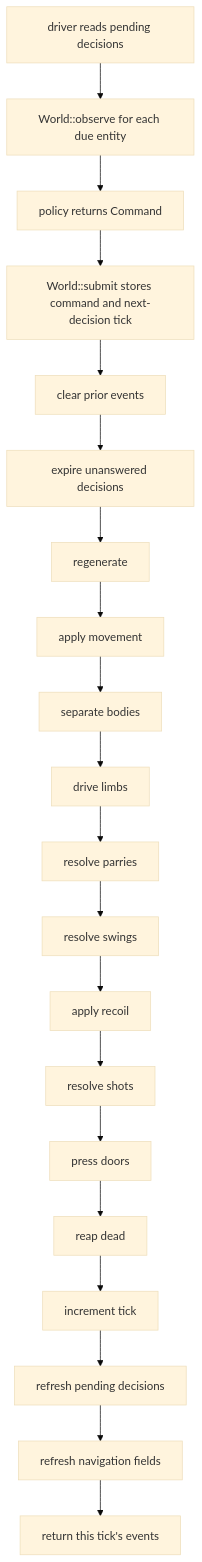
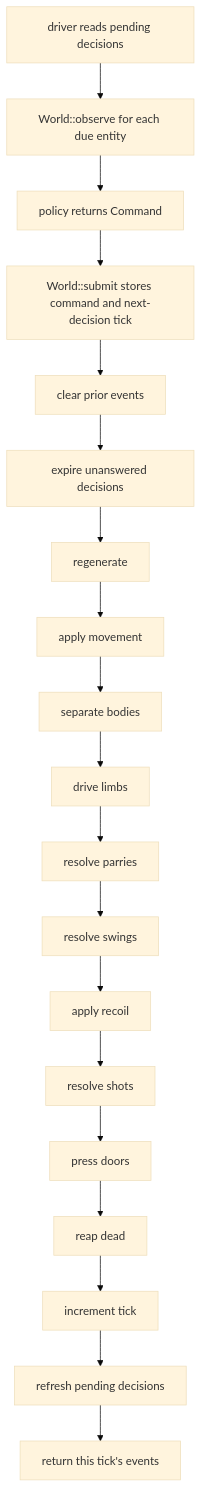
Before and after one commit to alexoooo/auto-rpg: the diagram in docs/architecture/simulation.md, drawn with Mermaid (base theme). The commit also changed other lines of this file and 72 other files, not shown here.

````diff
--- a/docs/architecture/simulation.md
+++ b/docs/architecture/simulation.md
@@ -49,22 +49,21 @@
 ```mermaid
 flowchart TD
     due["driver reads pending decisions"] --> observe["World::observe for each due entity"]
     observe --> decide["policy returns Command"]
     decide --> submit["World::submit stores command and next-decision tick"]
     submit --> clear["clear prior events"]
     clear --> expire["expire unanswered decisions"]
     expire --> regen["regenerate"]
     regen --> move["apply movement"]
     move --> separate["separate bodies"]
     separate --> limbs["drive limbs"]
     limbs --> parries["resolve parries"]
     parries --> swings["resolve swings"]
     swings --> recoil["apply recoil"]
     recoil --> shots["resolve shots"]
     shots --> doors["press doors"]
     doors --> reap["reap dead"]
     reap --> tick["increment tick"]
     tick --> pending["refresh pending decisions"]
-    pending --> nav["refresh navigation fields"]
-    nav --> events["return this tick's events"]
+    pending --> events["return this tick's events"]
 ```
````
